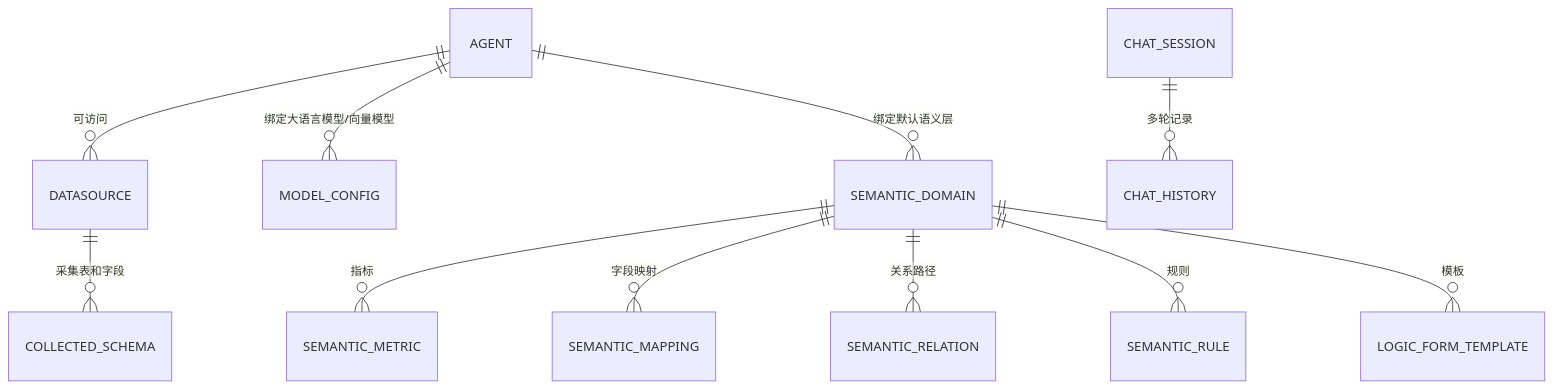
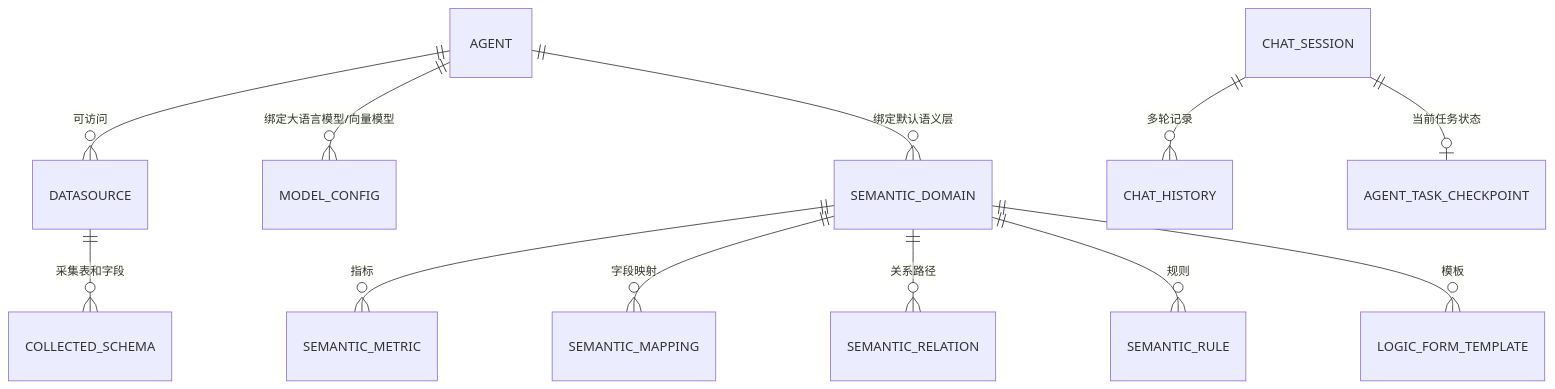
The second of 7 diagrams in docs/project-design.md (TtonyLiang/data-agent), drawn with Mermaid before and after one commit. The commit also changed other lines of this file and 79 other files, not shown here.

````diff
--- a/docs/project-design.md
+++ b/docs/project-design.md
@@ -60,13 +64,14 @@
 ```mermaid
 erDiagram
   AGENT ||--o{ DATASOURCE : "可访问"
   AGENT ||--o{ MODEL_CONFIG : "绑定大语言模型/向量模型"
   AGENT ||--o{ SEMANTIC_DOMAIN : "绑定默认语义层"
   DATASOURCE ||--o{ COLLECTED_SCHEMA : "采集表和字段"
   SEMANTIC_DOMAIN ||--o{ SEMANTIC_METRIC : "指标"
   SEMANTIC_DOMAIN ||--o{ SEMANTIC_MAPPING : "字段映射"
   SEMANTIC_DOMAIN ||--o{ SEMANTIC_RELATION : "关系路径"
   SEMANTIC_DOMAIN ||--o{ SEMANTIC_RULE : "规则"
   SEMANTIC_DOMAIN ||--o{ LOGIC_FORM_TEMPLATE : "模板"
   CHAT_SESSION ||--o{ CHAT_HISTORY : "多轮记录"
+  CHAT_SESSION ||--o| AGENT_TASK_CHECKPOINT : "当前任务状态"
 ```
````
